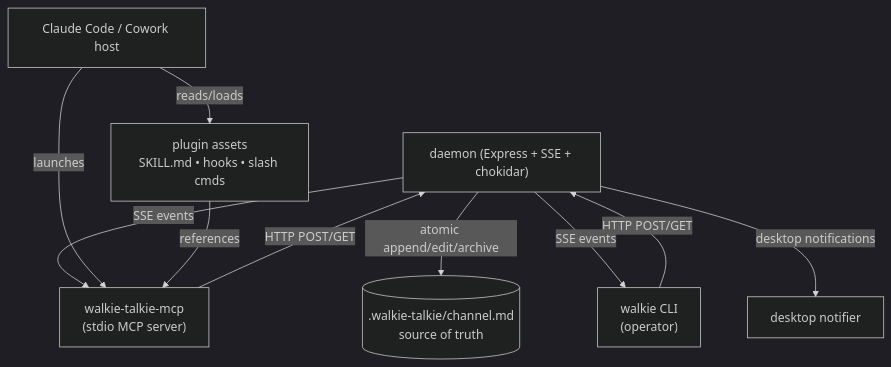
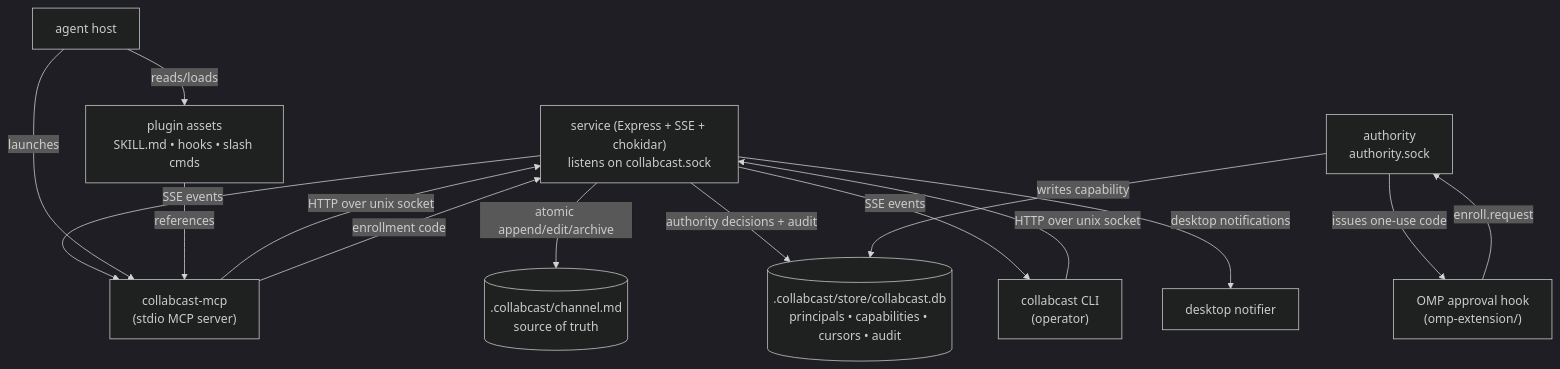
The first of 4 diagrams in docs/architecture.md (Trevor-Mengel/claude-walkie-talkie), drawn with Mermaid (dark theme) before and after one commit. The commit also changed other lines of this file and 258 other files, not shown here.

First line of the commit message:
feat(security)!: v0.3 authority cutover + rename to Collabcast (#4)

````diff
--- a/docs/architecture.md
+++ b/docs/architecture.md
@@ -5,20 +7,28 @@
 ```mermaid
 flowchart TB
-  channel[(".walkie-talkie/channel.md<br/>source of truth")]
-  daemon["daemon (Express + SSE + chokidar)"]
-  cli["walkie CLI<br/>(operator)"]
-  mcp["walkie-talkie-mcp<br/>(stdio MCP server)"]
+  channel[(".collabcast/channel.md<br/>source of truth")]
+  store[(".collabcast/store/collabcast.db<br/>principals • capabilities • cursors • audit")]
+  svc["service (Express + SSE + chokidar)<br/>listens on collabcast.sock"]
+  authority["authority<br/>authority.sock"]
+  cli["collabcast CLI<br/>(operator)"]
+  mcp["collabcast-mcp<br/>(stdio MCP server)"]
+  hook["OMP approval hook<br/>(omp-extension/)"]
   plugin["plugin assets<br/>SKILL.md • hooks • slash cmds"]
-  host["Claude Code / Cowork host"]
+  host["agent host"]
   notifier["desktop notifier"]
 
-  daemon -- atomic append/edit/archive --> channel
-  cli -- HTTP POST/GET --> daemon
-  mcp -- HTTP POST/GET --> daemon
-  daemon -- SSE events --> mcp
-  daemon -- SSE events --> cli
-  daemon -- desktop notifications --> notifier
+  svc -- atomic append/edit/archive --> channel
+  svc -- authority decisions + audit --> store
+  cli -- HTTP over unix socket --> svc
+  mcp -- HTTP over unix socket --> svc
+  svc -- SSE events --> mcp
+  svc -- SSE events --> cli
+  svc -- desktop notifications --> notifier
   host -- launches --> mcp
   host -- reads/loads --> plugin
   plugin -- references --> mcp
+  mcp -- enrollment code --> svc
+  hook -- enroll.request --> authority
+  authority -- issues one-use code --> hook
+  authority -- writes capability --> store
 ```
````
